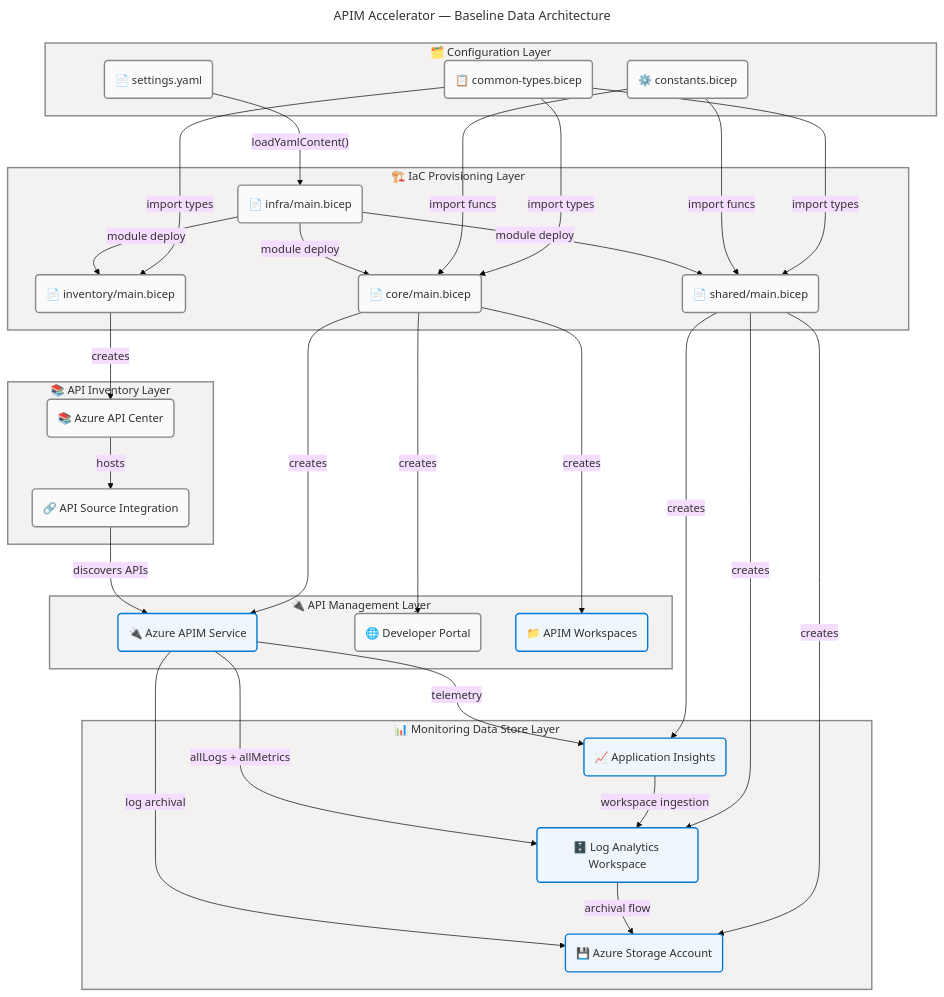
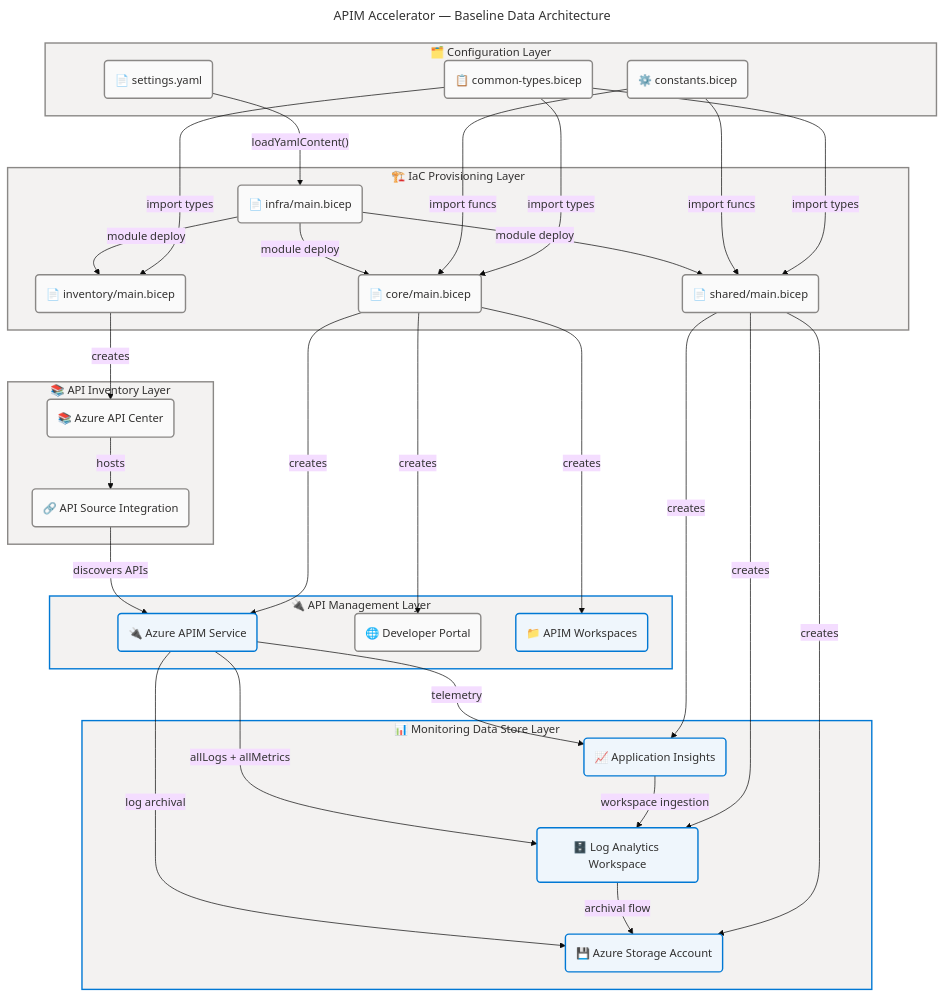
One commit to Evilazaro/APIM-Accelerator changed the second of 4 diagrams in docs/architecture/data-architecture.md. Above: the diagram before and after it, drawn with Mermaid. The commit also changed other lines of this file and 3 other files, not shown here.

Commit message:
style: update flowchart colors for consistency and improved clarity across architecture documentation

````diff
--- a/docs/architecture/data-architecture.md
+++ b/docs/architecture/data-architecture.md
@@ -475,7 +475,7 @@
 
     style cfglayer fill:#F3F2F1,stroke:#8A8886,stroke-width:2px,color:#323130
     style iaclayer fill:#F3F2F1,stroke:#8A8886,stroke-width:2px,color:#323130
-    style monitorlayer fill:#F3F2F1,stroke:#8A8886,stroke-width:2px,color:#323130
-    style apimLayer fill:#F3F2F1,stroke:#8A8886,stroke-width:2px,color:#323130
+    style monitorlayer fill:#F3F2F1,stroke:#0078D4,stroke-width:2px,color:#323130
+    style apimLayer fill:#F3F2F1,stroke:#0078D4,stroke-width:2px,color:#323130
     style inventorylayer fill:#F3F2F1,stroke:#8A8886,stroke-width:2px,color:#323130
 ```
````
